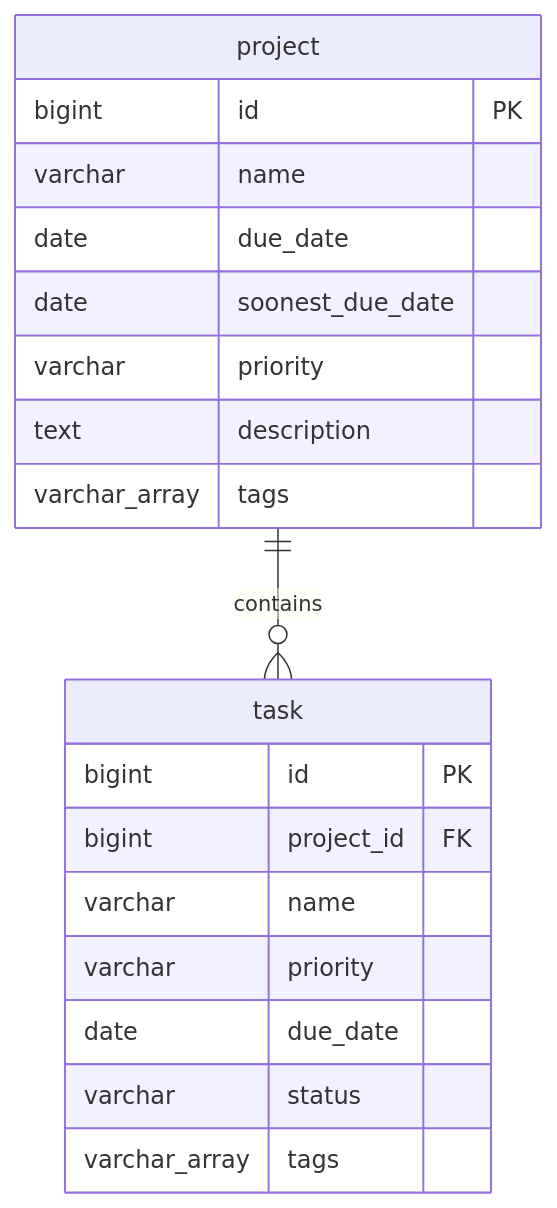
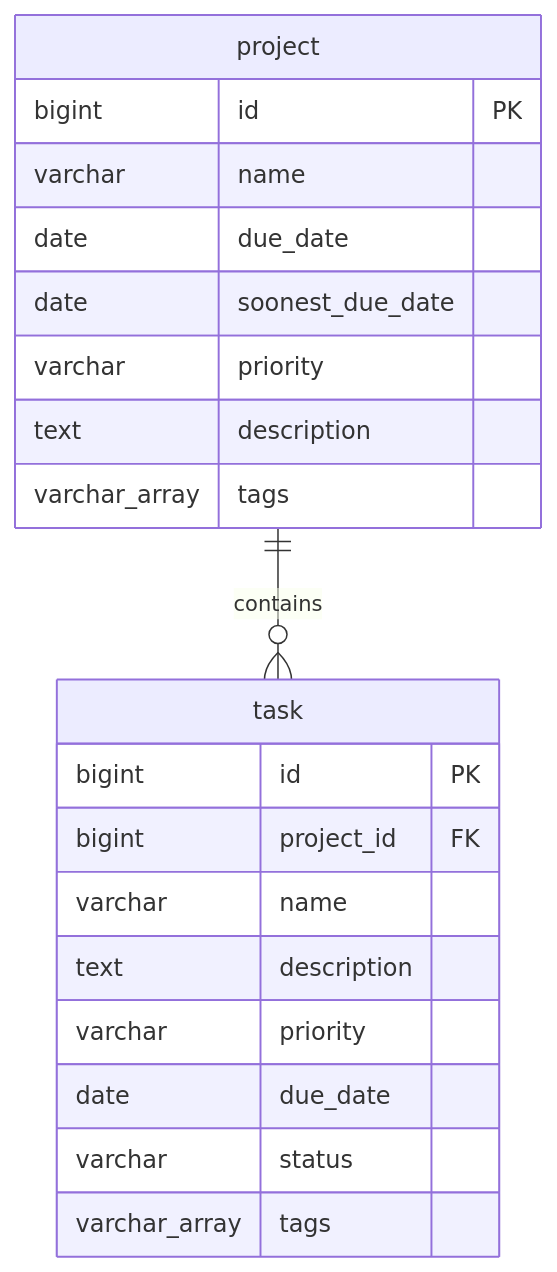
One commit to Jairik/django-task-manager changed the diagram in docs/schema.md. Above: the diagram before and after it, drawn with Mermaid. The commit also changed other lines of this file and 10 other files, not shown here.

````diff
--- a/docs/schema.md
+++ b/docs/schema.md
@@ -20,24 +20,25 @@
 ```mermaid
 erDiagram
     project ||--o{ task : contains
 
     project {
         bigint id PK
         varchar name
         date due_date
         date soonest_due_date
         varchar priority
         text description
         varchar_array tags
     }
 
     task {
         bigint id PK
         bigint project_id FK
         varchar name
+        text description
         varchar priority
         date due_date
         varchar status
         varchar_array tags
     }
 ```
````
